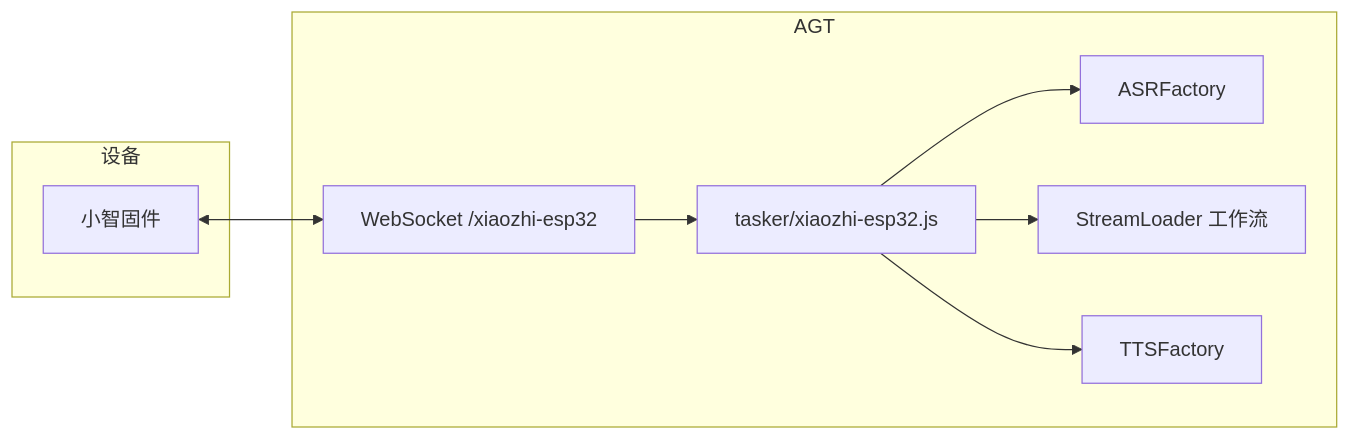
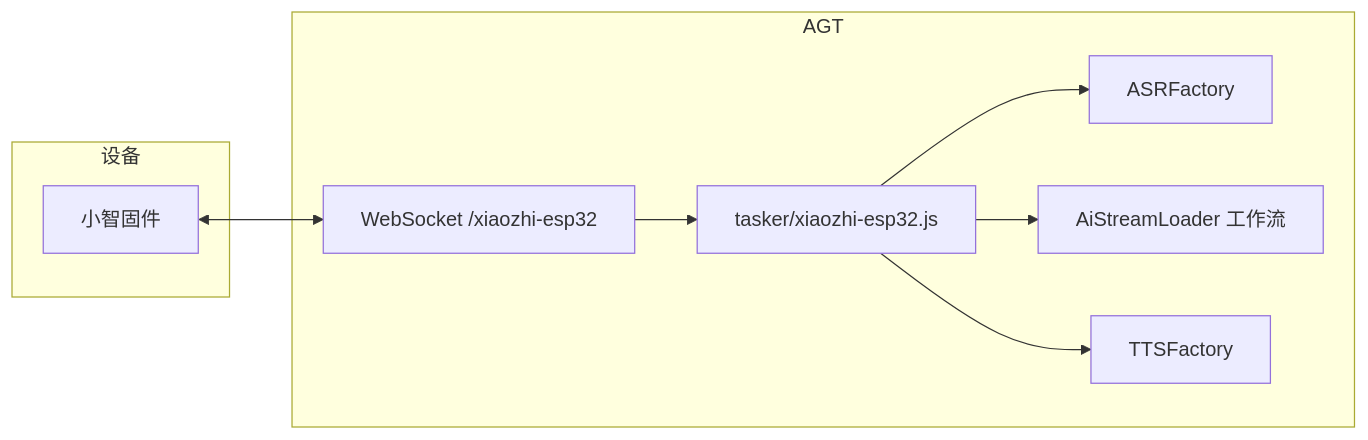
The first of 2 diagrams in README.md (sunflowermm/xiaozhi-Core), drawn with Mermaid before and after one commit. The commit also changed other lines of this file and 6 other files, not shown here.

````diff
--- a/README.md
+++ b/README.md
@@ -64,18 +64,18 @@
 ```mermaid
 flowchart LR
   subgraph 设备
     ESP32[小智固件]
   end
   subgraph AGT
     WS[WebSocket /xiaozhi-esp32]
     Tasker[tasker/xiaozhi-esp32.js]
     ASR[ASRFactory]
-    LLM[StreamLoader 工作流]
+    LLM[AiStreamLoader 工作流]
     TTS[TTSFactory]
     WS --> Tasker
     Tasker --> ASR
     Tasker --> LLM
     Tasker --> TTS
   end
   ESP32 <--> WS
 ```
````
